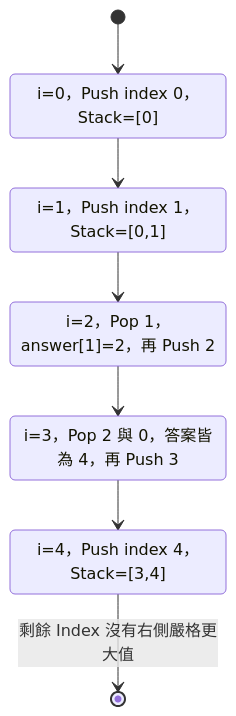
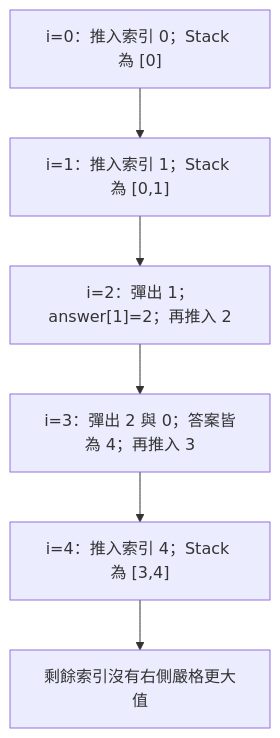
Diagram 11 of 16 in 02_data_structures/08_stack.md (davidchen0970/algorithm_note), drawn with Mermaid before and after one commit. The commit also changed other lines of this file and 2 other files, not shown here.

````diff
--- a/02_data_structures/08_stack.md
+++ b/02_data_structures/08_stack.md
@@ -931,14 +956,8 @@
 ```mermaid
-stateDiagram-v2
-    [*] --> I0
-    I0: i=0，Push index 0，Stack=[0]
-    I0 --> I1
-    I1: i=1，Push index 1，Stack=[0,1]
-    I1 --> I2
-    I2: i=2，Pop 1，answer[1]=2，再 Push 2
-    I2 --> I3
-    I3: i=3，Pop 2 與 0，答案皆為 4，再 Push 3
-    I3 --> I4
-    I4: i=4，Push index 4，Stack=[3,4]
-    I4 --> [*]: 剩餘 Index 沒有右側嚴格更大值
+flowchart TD
+    I0["i=0：推入索引 0；Stack 為 [0]"] --> I1["i=1：推入索引 1；Stack 為 [0,1]"]
+    I1 --> I2["i=2：彈出 1；answer[1]=2；再推入 2"]
+    I2 --> I3["i=3：彈出 2 與 0；答案皆為 4；再推入 3"]
+    I3 --> I4["i=4：推入索引 4；Stack 為 [3,4]"]
+    I4 --> END["剩餘索引沒有右側嚴格更大值"]
 ```
````
